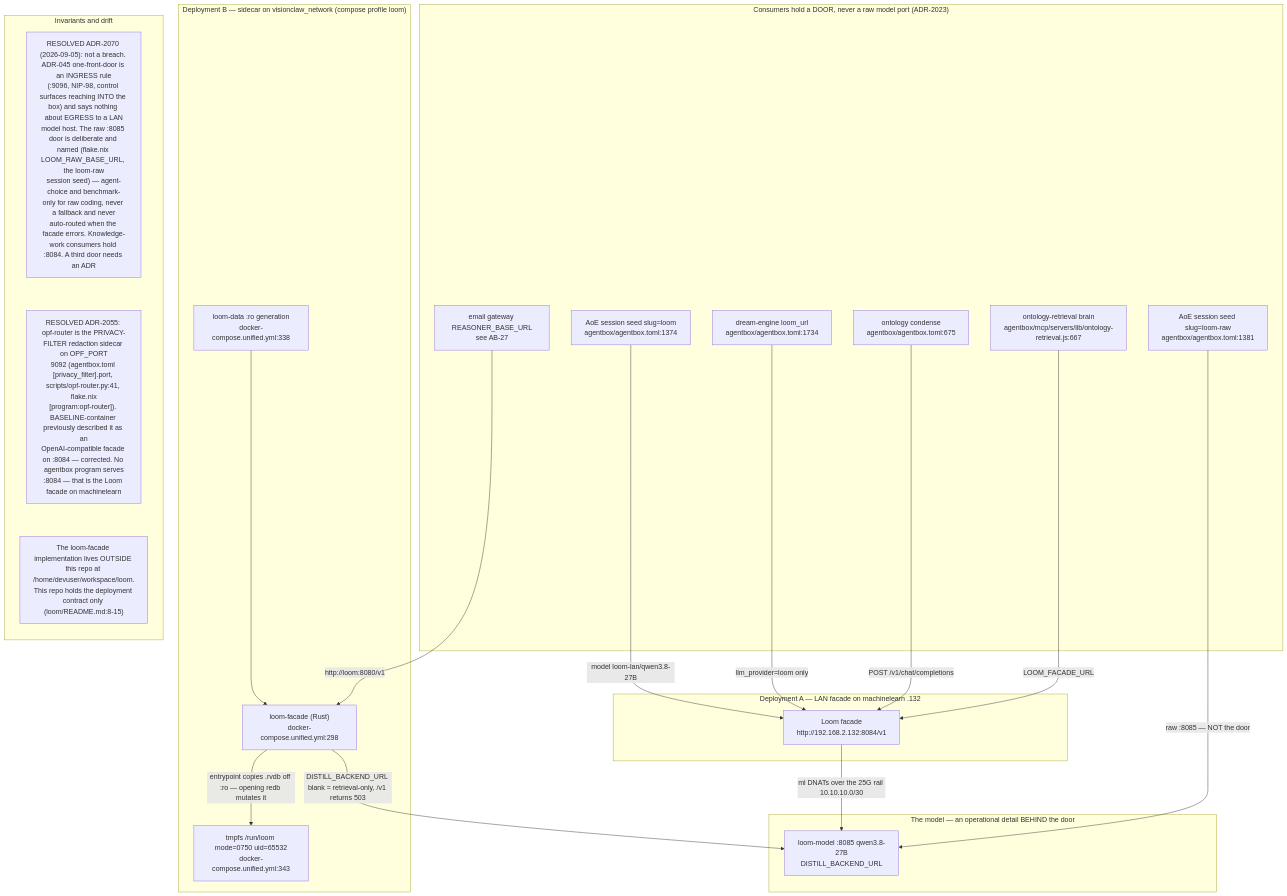
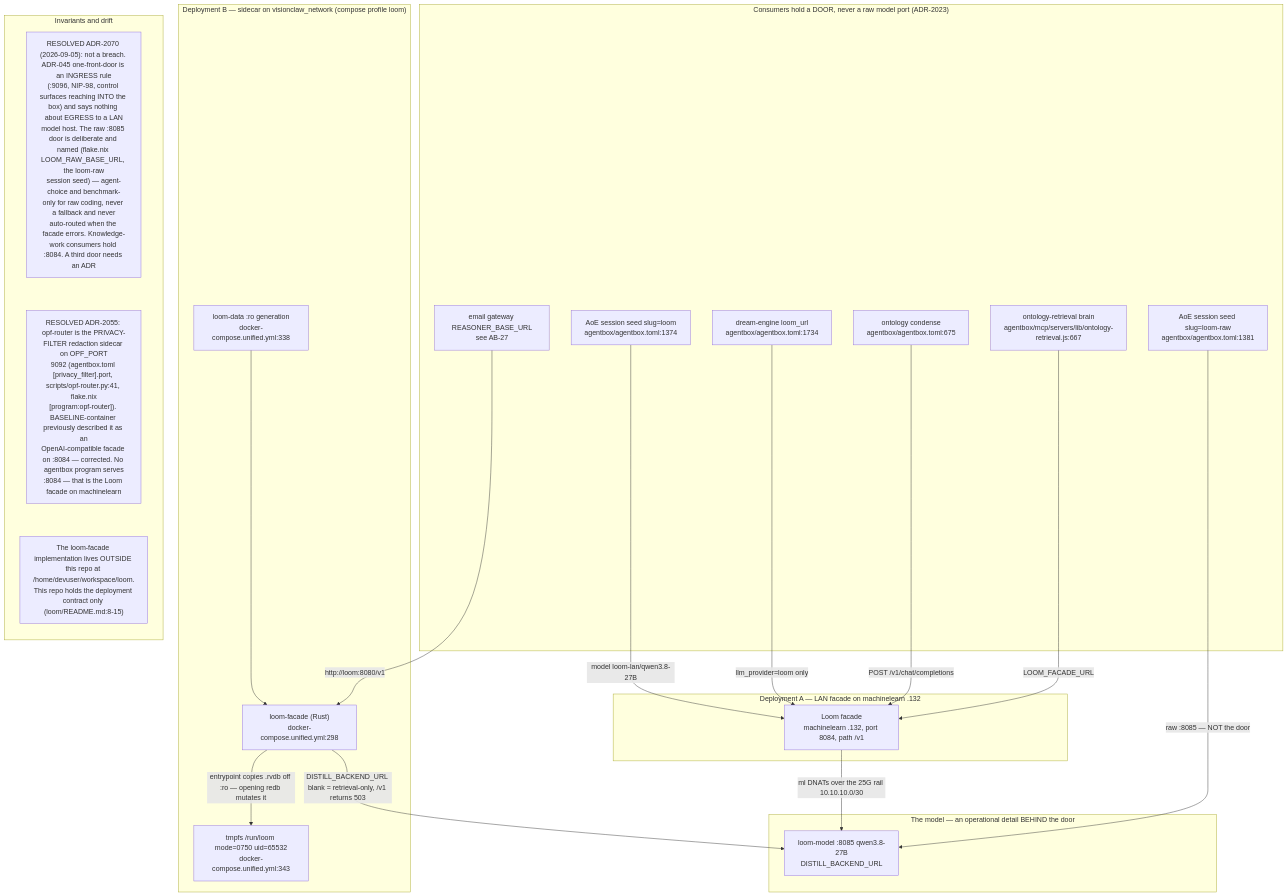
Before and after one commit to DreamLab-AI/VisionFlow: the first of 9 diagrams in docs/diagrams/agentbox/24-loom-facade.md, drawn with Mermaid. The commit also changed other lines of this file and 185 other files, not shown here.

Commit message:
docs(estate): reconcile diagrams and ADRs with source and define closeout sprint

````diff
--- a/docs/diagrams/agentbox/24-loom-facade.md
+++ b/docs/diagrams/agentbox/24-loom-facade.md
@@ -22,39 +22,39 @@
 ```mermaid
 flowchart TB
     subgraph consumers["Consumers hold a DOOR, never a raw model port (ADR-2023)"]
         RET["ontology-retrieval brain<br/>agentbox/mcp/servers/lib/ontology-retrieval.js:667"]
         COND["ontology condense<br/>agentbox/agentbox.toml:675"]
         DREAM["dream-engine loom_url<br/>agentbox/agentbox.toml:1734"]
         SEED["AoE session seed slug=loom<br/>agentbox/agentbox.toml:1374"]
         SEEDRAW["AoE session seed slug=loom-raw<br/>agentbox/agentbox.toml:1381"]
         EMAIL["email gateway REASONER_BASE_URL<br/>see AB-27"]
     end
     subgraph depA["Deployment A — LAN facade on machinelearn .132"]
-        F84["Loom facade<br/>http://192.168.2.132:8084/v1"]
+        F84["Loom facade<br/>machinelearn .132, port 8084, path /v1"]
     end
     subgraph depB["Deployment B — sidecar on visionclaw_network (compose profile loom)"]
         SIDE["loom-facade (Rust)<br/>docker-compose.unified.yml:298"]
         TMPFS["tmpfs /run/loom mode=0750 uid=65532<br/>docker-compose.unified.yml:343"]
         DATA["loom-data :ro generation<br/>docker-compose.unified.yml:338"]
     end
     subgraph model["The model — an operational detail BEHIND the door"]
         M85["loom-model :8085 qwen3.8-27B<br/>DISTILL_BACKEND_URL"]
     end
     RET -->|"LOOM_FACADE_URL"| F84
     COND -->|"POST /v1/chat/completions"| F84
     DREAM -->|"llm_provider=loom only"| F84
     SEED -->|"model loom-lan/qwen3.8-27B"| F84
     SEEDRAW -->|"raw :8085 — NOT the door"| M85
     EMAIL -->|"http://loom:8080/v1"| SIDE
     F84 -->|"ml DNATs over the 25G rail 10.10.10.0/30"| M85
     SIDE -->|"DISTILL_BACKEND_URL blank = retrieval-only, /v1 returns 503"| M85
     DATA --> SIDE
     SIDE -->|"entrypoint copies .rvdb off :ro — opening redb mutates it"| TMPFS
     subgraph notes["Invariants and drift"]
         direction TB
         N1["RESOLVED ADR-2070 #40;2026-09-05#41;: not a breach. ADR-045 one-front-door is an INGRESS rule<br/>#40;:9096, NIP-98, control surfaces reaching INTO the box#41; and says nothing about EGRESS to a LAN<br/>model host. The raw :8085 door is deliberate and named #40;flake.nix LOOM_RAW_BASE_URL, the loom-raw<br/>session seed#41; — agent-choice and benchmark-only for raw coding, never a fallback and never<br/>auto-routed when the facade errors. Knowledge-work consumers hold :8084. A third door needs an ADR"]
         N2["RESOLVED ADR-2055: opf-router is the PRIVACY-FILTER redaction sidecar on OPF_PORT<br/>9092 (agentbox.toml [privacy_filter].port, scripts/opf-router.py:41, flake.nix<br/>[program:opf-router]). BASELINE-container previously described it as an<br/>OpenAI-compatible facade on :8084 — corrected. No agentbox program serves<br/>:8084 — that is the Loom facade on machinelearn"]
         N3["The loom-facade implementation lives OUTSIDE this repo at /home/devuser/workspace/loom.<br/>This repo holds the deployment contract only (loom/README.md:8-15)"]
         N1 ~~~ N2 ~~~ N3
     end
 ```
````
